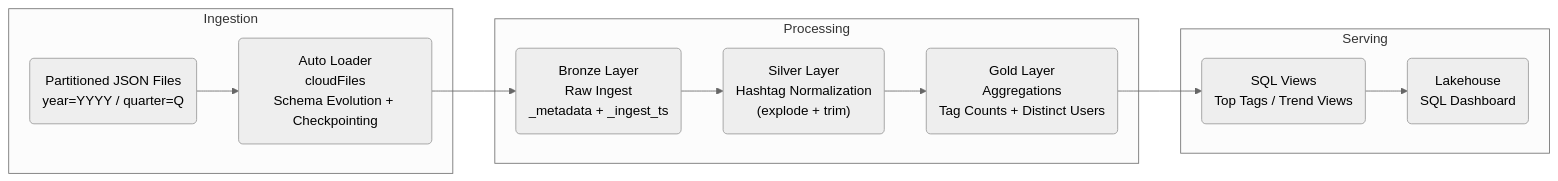
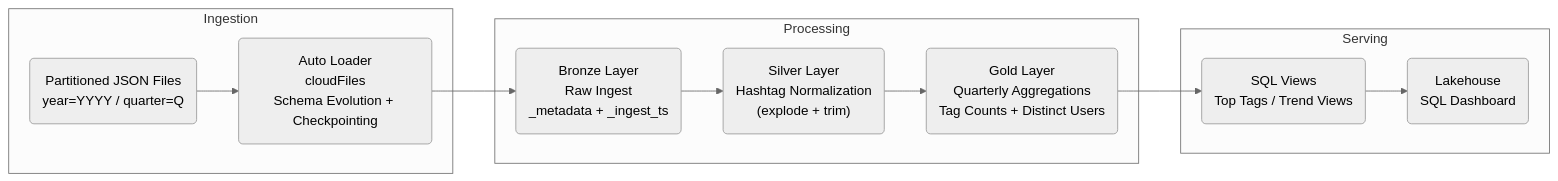
One commit to kangaseric4152-max/pinterest_databricks_pipeline_simulation changed the diagram in README.md. Above: the diagram before and after it, drawn with Mermaid (neutral theme).

Commit message:
minor adjustment.

````diff
--- a/README.md
+++ b/README.md
@@ -20,19 +20,19 @@
 ```mermaid
 flowchart LR
     subgraph Ingestion
         A(Partitioned JSON Files<br/>year=YYYY / quarter=Q)
         --> B(Auto Loader<br/>cloudFiles<br/>Schema Evolution + Checkpointing)
     end
     
     subgraph Processing
         B --> C(Bronze Layer<br/>Raw Ingest<br/>_metadata + _ingest_ts)
         C --> D("Silver Layer<br/>Hashtag Normalization<br/>(explode + trim)")
-        D --> E(Gold Layer<br/>Aggregations<br/>Tag Counts + Distinct Users)
+        D --> E(Gold Layer<br/>Quarterly Aggregations<br/>Tag Counts + Distinct Users)
     end
 
     subgraph Serving
         E --> F(SQL Views<br/>Top Tags / Trend Views)
         F --> G(Lakehouse<br/>SQL Dashboard)
     end
 
 ```
````
